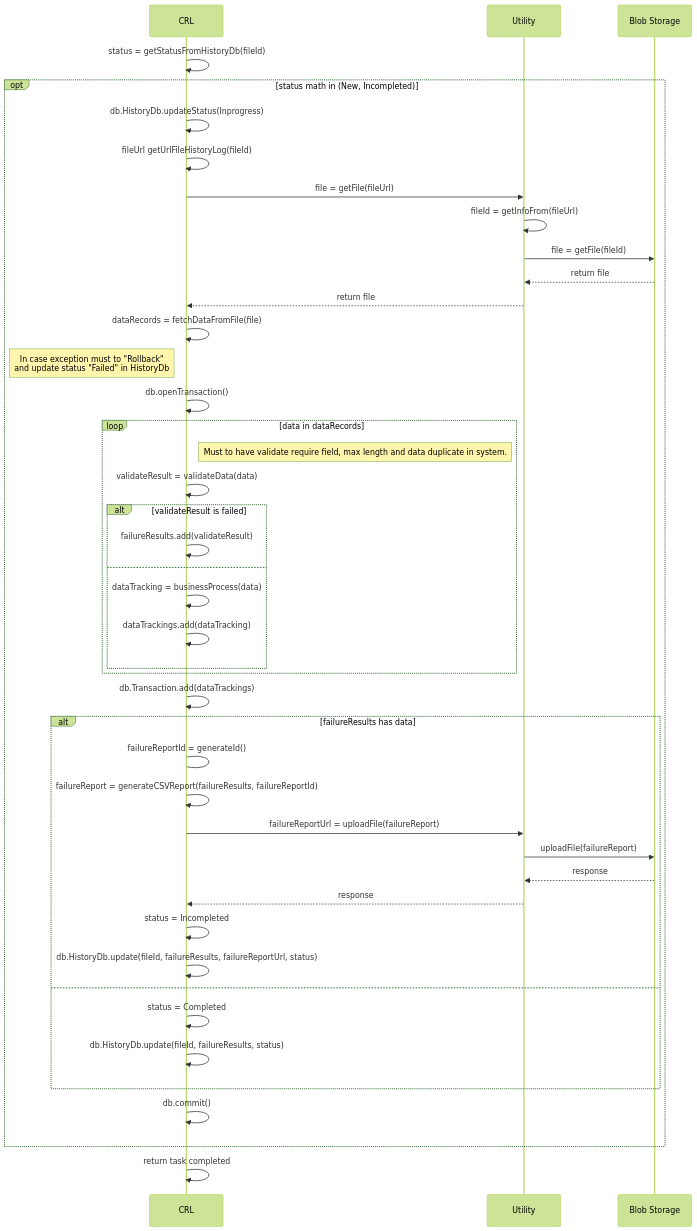
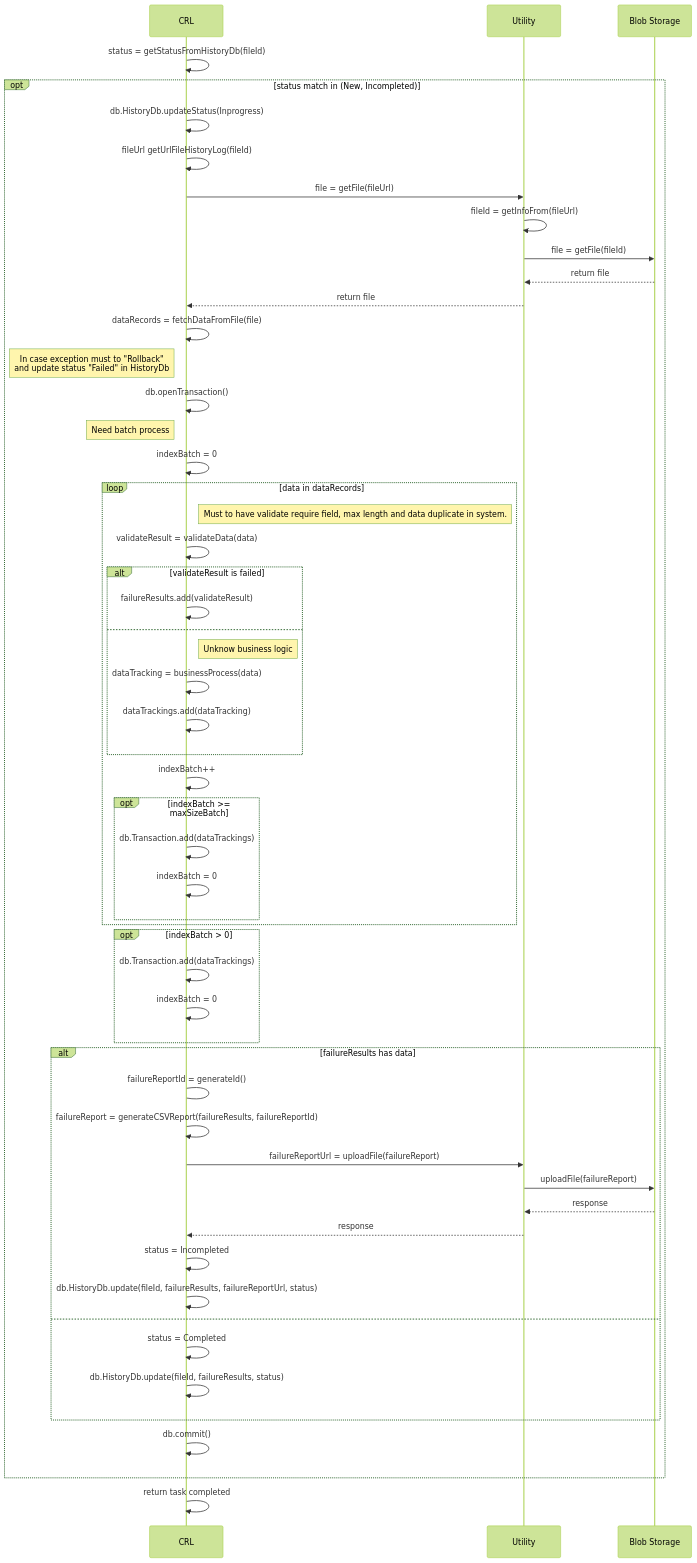
Before and after one commit to rosered11/org_document: the diagram in SPC/CRL/Sequence/proces-flow2.md, drawn with Mermaid (forest theme). The commit also changed 6 other files, not shown here.

````diff
--- a/SPC/CRL/Sequence/proces-flow2.md
+++ b/SPC/CRL/Sequence/proces-flow2.md
@@ -1,45 +1,56 @@
 ```mermaid
 sequenceDiagram
     participant CRL
     participant Utility
     participant Blob Storage
     CRL->>CRL: status = getStatusFromHistoryDb(fileId)
-    opt status math in (New, Incompleted)
+    opt status match in (New, Incompleted)
         CRL->>CRL: db.HistoryDb.updateStatus(Inprogress)
         CRL->>CRL: fileUrl getUrlFileHistoryLog(fileId)
         CRL->>Utility: file = getFile(fileUrl)
         Utility->>Utility: fileId = getInfoFrom(fileUrl)
         Utility->>Blob Storage: file = getFile(fileId)
         Blob Storage-->>Utility: return file
         Utility-->>CRL: return file
         CRL->>CRL: dataRecords = fetchDataFromFile(file)
         Note left of CRL: In case exception must to "Rollback"<br/> and update status "Failed" in HistoryDb
         CRL->>CRL: db.openTransaction()
+        Note left of CRL: Need batch process
+        CRL->>CRL: indexBatch = 0
         loop data in dataRecords
             Note right of CRL: Must to have validate require field, max length and data duplicate in system.
             CRL->>CRL: validateResult = validateData(data)
             alt validateResult is failed
                 CRL->>CRL: failureResults.add(validateResult)
             else
+                Note right of CRL: Unknow business logic
                 CRL->>CRL: dataTracking = businessProcess(data)
                 CRL->>CRL: dataTrackings.add(dataTracking)
             end
+            CRL->>CRL: indexBatch++
+            opt indexBatch >= maxSizeBatch
+                CRL->>CRL: db.Transaction.add(dataTrackings)
+                CRL->>CRL: indexBatch = 0
+            end
         end
-        CRL->>CRL: db.Transaction.add(dataTrackings)
+        opt indexBatch > 0
+            CRL->>CRL: db.Transaction.add(dataTrackings)
+            CRL->>CRL: indexBatch = 0
+        end
         alt failureResults has data
             CRL->CRL: failureReportId = generateId()
             CRL->>CRL: failureReport = generateCSVReport(failureResults, failureReportId)
             CRL->>Utility: failureReportUrl = uploadFile(failureReport)
             Utility->>Blob Storage: uploadFile(failureReport)
             Blob Storage-->>Utility: response
             Utility-->>CRL: response
             CRL->>CRL: status = Incompleted
             CRL->>CRL: db.HistoryDb.update(fileId, failureResults, failureReportUrl, status)
         else
             CRL->>CRL: status = Completed
             CRL->>CRL: db.HistoryDb.update(fileId, failureResults, status)
         end
         CRL->>CRL: db.commit()
     end
     CRL->>CRL: return task completed
 ```
````
